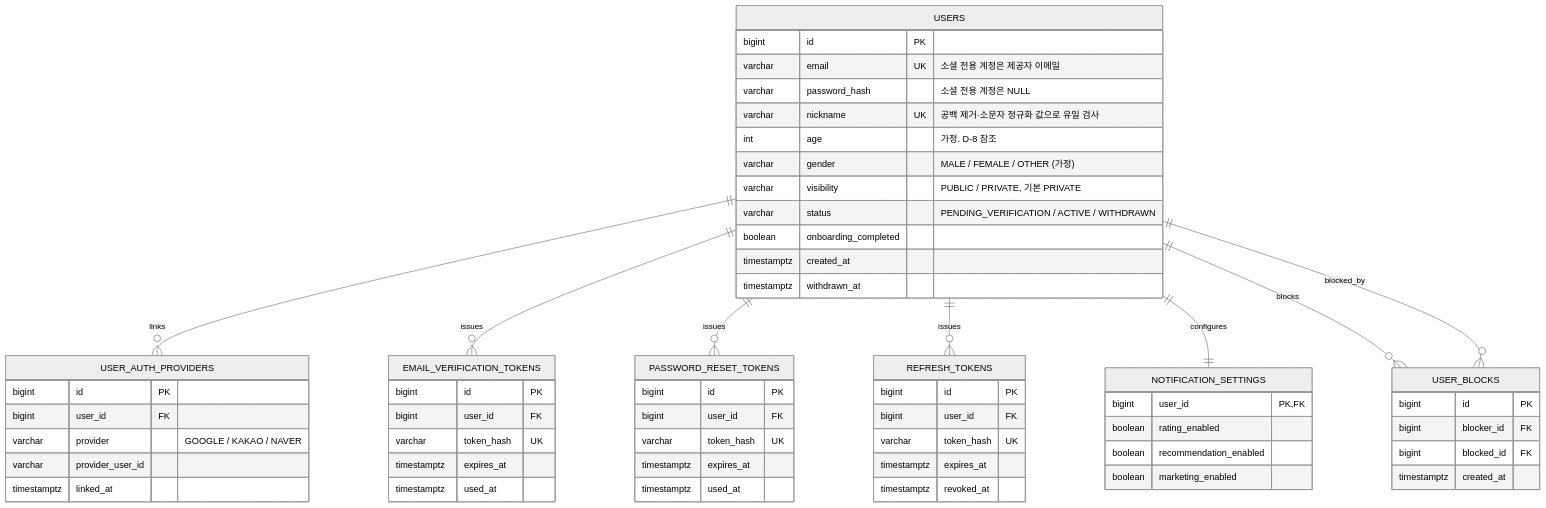
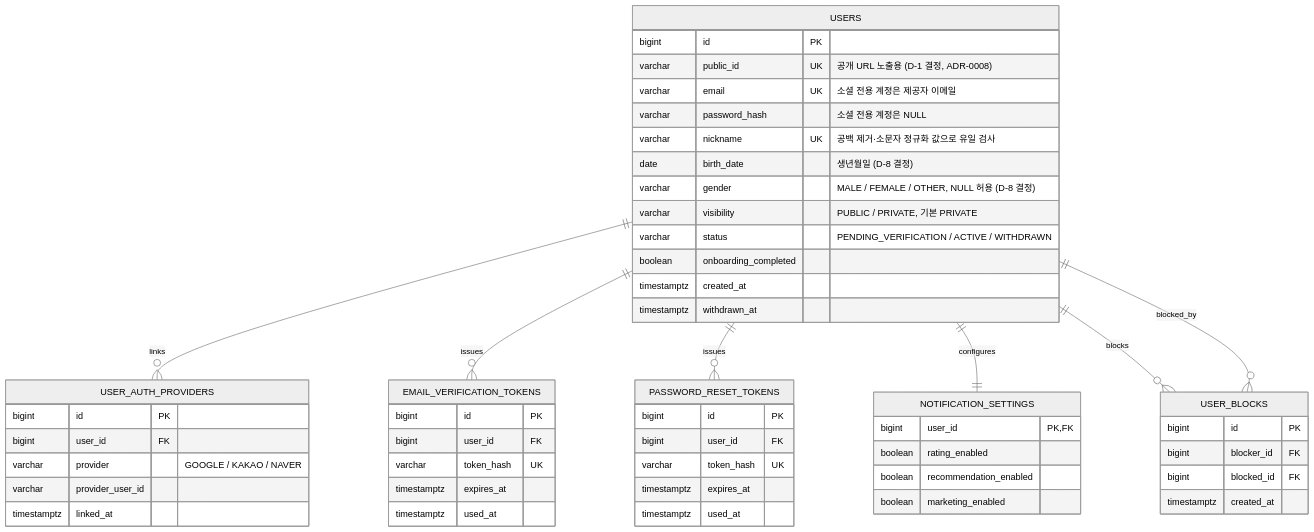
Before and after one commit to koongya-studio/feelm: the second of 8 diagrams in docs/erd.md, drawn with Mermaid (neutral theme). The commit also changed other lines of this file and 9 other files, not shown here.

Commit message:
[S15P21E106-91] docs: 개발 전 확정 사항 API 명세·ERD 반영

````diff
--- a/docs/erd.md
+++ b/docs/erd.md
@@ -51,64 +51,57 @@
 ```mermaid
 erDiagram
     USERS {
         bigint id PK
+        varchar public_id UK "공개 URL 노출용 (D-1 결정, ADR-0008)"
         varchar email UK "소셜 전용 계정은 제공자 이메일"
         varchar password_hash "소셜 전용 계정은 NULL"
         varchar nickname UK "공백 제거·소문자 정규화 값으로 유일 검사"
-        int age "가정. D-8 참조"
-        varchar gender "MALE / FEMALE / OTHER (가정)"
+        date birth_date "생년월일 (D-8 결정)"
+        varchar gender "MALE / FEMALE / OTHER, NULL 허용 (D-8 결정)"
         varchar visibility "PUBLIC / PRIVATE, 기본 PRIVATE"
         varchar status "PENDING_VERIFICATION / ACTIVE / WITHDRAWN"
         boolean onboarding_completed
         timestamptz created_at
         timestamptz withdrawn_at
     }
     USER_AUTH_PROVIDERS {
         bigint id PK
         bigint user_id FK
         varchar provider "GOOGLE / KAKAO / NAVER"
         varchar provider_user_id
         timestamptz linked_at
     }
     EMAIL_VERIFICATION_TOKENS {
         bigint id PK
         bigint user_id FK
         varchar token_hash UK
         timestamptz expires_at
         timestamptz used_at
     }
     PASSWORD_RESET_TOKENS {
         bigint id PK
         bigint user_id FK
         varchar token_hash UK
         timestamptz expires_at
         timestamptz used_at
     }
-    REFRESH_TOKENS {
-        bigint id PK
-        bigint user_id FK
-        varchar token_hash UK
-        timestamptz expires_at
-        timestamptz revoked_at
-    }
     NOTIFICATION_SETTINGS {
         bigint user_id PK, FK
         boolean rating_enabled
         boolean recommendation_enabled
         boolean marketing_enabled
     }
     USER_BLOCKS {
         bigint id PK
         bigint blocker_id FK
         bigint blocked_id FK
         timestamptz created_at
     }
 
     USERS ||--o{ USER_AUTH_PROVIDERS : links
     USERS ||--o{ EMAIL_VERIFICATION_TOKENS : issues
     USERS ||--o{ PASSWORD_RESET_TOKENS : issues
-    USERS ||--o{ REFRESH_TOKENS : issues
     USERS ||--|| NOTIFICATION_SETTINGS : configures
     USERS ||--o{ USER_BLOCKS : blocks
     USERS ||--o{ USER_BLOCKS : blocked_by
 ```
````
